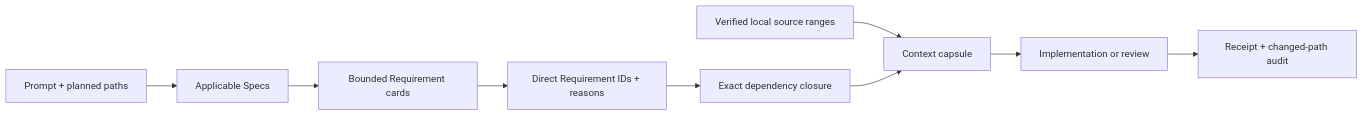
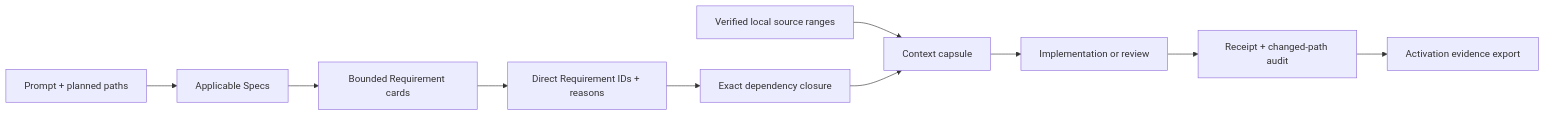
One commit to XiaoWeiKIN/RepoFoundryAI changed the fourth of 4 diagrams in README.md. Above: the diagram before and after it, drawn with Mermaid. The commit also changed other lines of this file and 24 other files, not shown here.

````diff
--- a/README.md
+++ b/README.md
@@ -430,11 +430,12 @@
 ```mermaid
 flowchart LR
     P["Prompt + planned paths"] --> S["Applicable Specs"]
     S --> C["Bounded Requirement cards"]
     C --> D["Direct Requirement IDs + reasons"]
     D --> X["Exact dependency closure"]
     L["Verified local source ranges"] --> K["Context capsule"]
     X --> K
     K --> W["Implementation or review"]
     W --> H["Receipt + changed-path audit"]
+    H --> E["Activation evidence export"]
 ```
````
